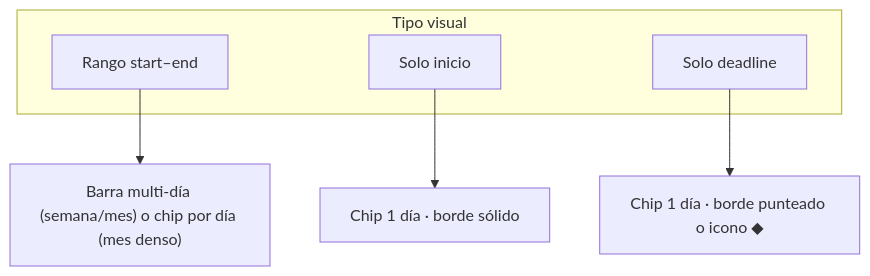
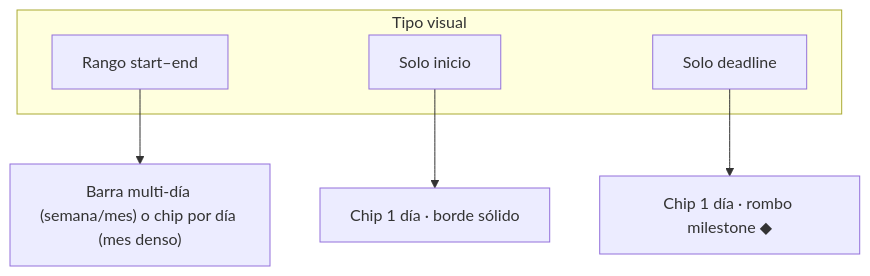
One commit to KuiperBelt-PRO/kanban.page changed the third of 3 diagrams in docs/specs/kuiper-calendar-view.md. Above: the diagram before and after it, drawn with Mermaid. The commit also changed other lines of this file and 11 other files, not shown here.

First line of the commit message:
Mejorar Gantt v2, calendario y cascada de fechas

````diff
--- a/docs/specs/kuiper-calendar-view.md
+++ b/docs/specs/kuiper-calendar-view.md
@@ -144,11 +215,11 @@
 ```mermaid
 flowchart TB
   subgraph tipos [Tipo visual]
     R[Rango start–end]
     S[Solo inicio]
     E[Solo deadline]
   end
   R --> BAR["Barra multi-día (semana/mes) o chip por día (mes denso)"]
   S --> CHIP1["Chip 1 día · borde sólido"]
-  E --> CHIP2["Chip 1 día · borde punteado o icono ◆"]
+  E --> CHIP2["Chip 1 día · rombo milestone ◆"]
 ```
````
